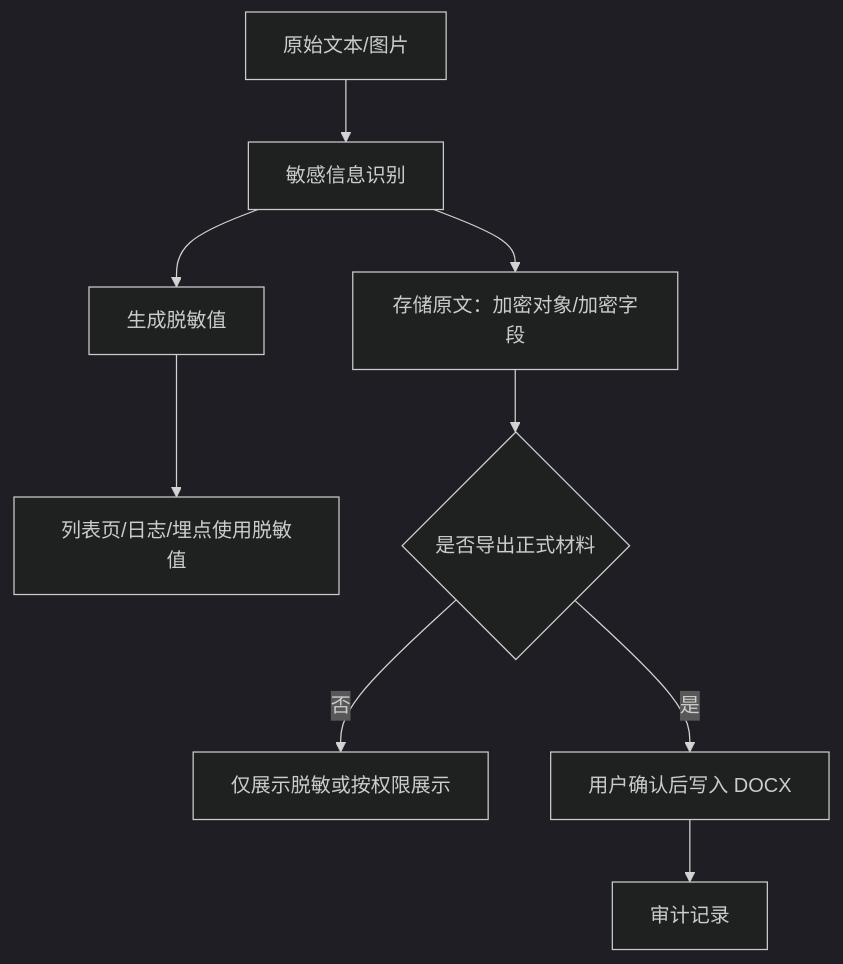
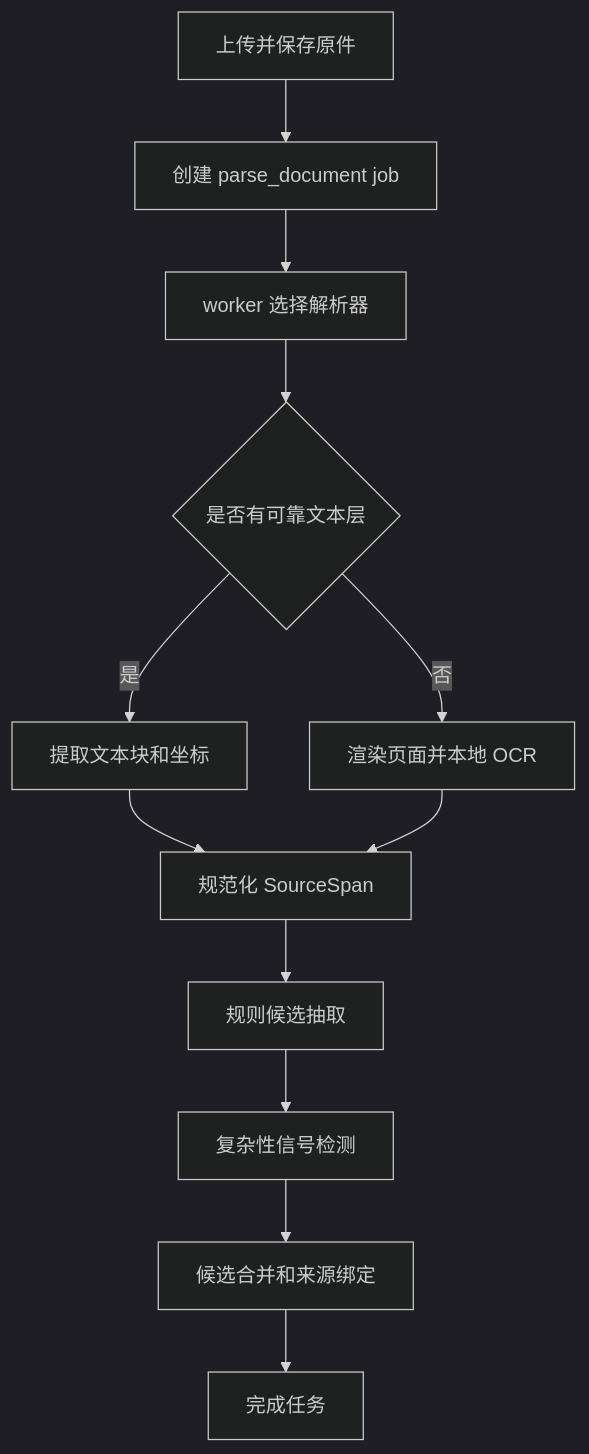
One commit to LanShiLiang/CaseFilingAssistant changed the second of 3 diagrams in outputs/后端技术方案_全国版强制执行材料生成助手.md. Above: the diagram before and after it, drawn with Mermaid (dark theme). The commit also changed other lines of this file and 5 other files, not shown here.

````diff
--- a/outputs/后端技术方案_全国版强制执行材料生成助手.md
+++ b/outputs/后端技术方案_全国版强制执行材料生成助手.md
@@ -309,11 +465,14 @@
 ```mermaid
 flowchart TD
-  A["原始文本/图片"] --> B["敏感信息识别"]
-  B --> C["存储原文：加密对象/加密字段"]
-  B --> D["生成脱敏值"]
-  D --> E["列表页/日志/埋点使用脱敏值"]
-  C --> F{"是否导出正式材料"}
-  F -- "否" --> G["仅展示脱敏或按权限展示"]
-  F -- "是" --> H["用户确认后写入 DOCX"]
-  H --> I["审计记录"]
+  A["上传并保存原件"] --> B["创建 parse_document job"]
+  B --> C["worker 选择解析器"]
+  C --> D{"是否有可靠文本层"}
+  D -- "是" --> E["提取文本块和坐标"]
+  D -- "否" --> F["渲染页面并本地 OCR"]
+  E --> G["规范化 SourceSpan"]
+  F --> G
+  G --> H["规则候选抽取"]
+  H --> I["复杂性信号检测"]
+  I --> J["候选合并和来源绑定"]
+  J --> K["完成任务"]
 ```
````
